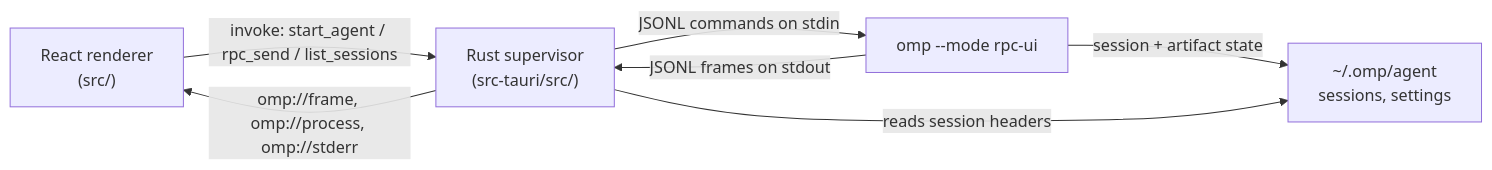
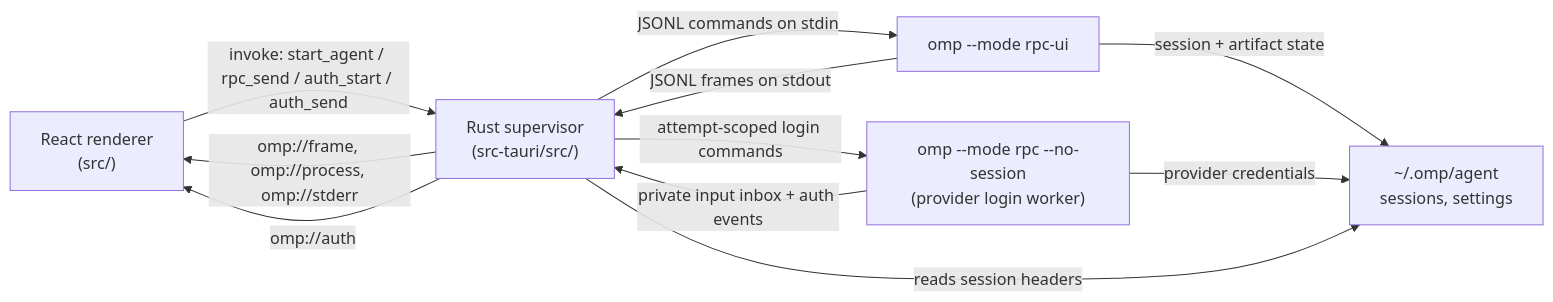
Before and after one commit to BizerNotNull/omp-d: the diagram in docs/architecture.md, drawn with Mermaid. The commit also changed other lines of this file and 10 other files, not shown here.

First line of the commit message:
feat(provider-auth): added OAuth provider login with attempt-scoped worker

````diff
--- a/docs/architecture.md
+++ b/docs/architecture.md
@@ -5,14 +5,19 @@
 ```mermaid
 flowchart LR
   UI["React renderer\n(src/)"]
   RS["Rust supervisor\n(src-tauri/src/)"]
   OMP["omp --mode rpc-ui"]
+  AUTH["omp --mode rpc --no-session\n(provider login worker)"]
   FS["~/.omp/agent\nsessions, settings"]
 
-  UI -- "invoke: start_agent / rpc_send / list_sessions" --> RS
+  UI -- "invoke: start_agent / rpc_send / auth_start / auth_send" --> RS
   RS -- "JSONL commands on stdin" --> OMP
   OMP -- "JSONL frames on stdout" --> RS
   RS -- "omp://frame, omp://process, omp://stderr" --> UI
+  RS -- "attempt-scoped login commands" --> AUTH
+  AUTH -- "private input inbox + auth events" --> RS
+  RS -- "omp://auth" --> UI
   OMP -- "session + artifact state" --> FS
+  AUTH -- "provider credentials" --> FS
   RS -- "reads session headers" --> FS
 ```
````
